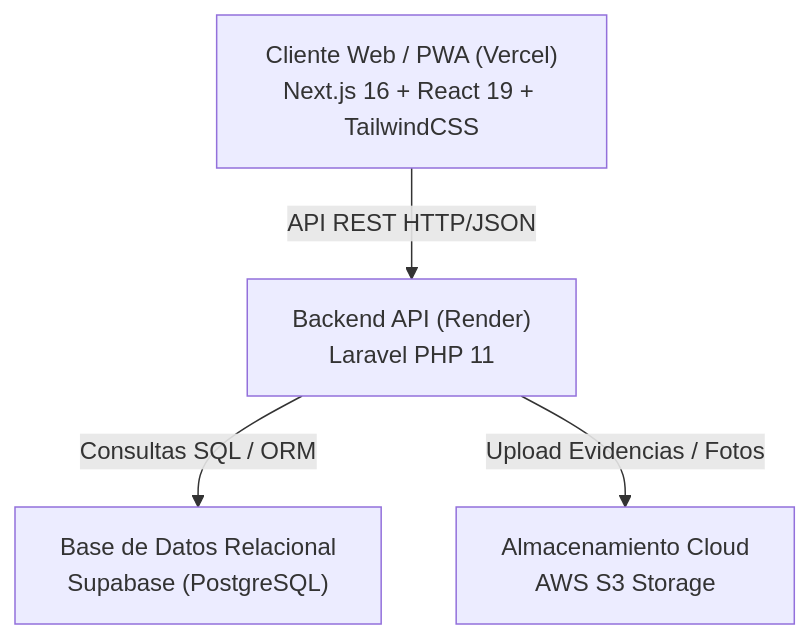
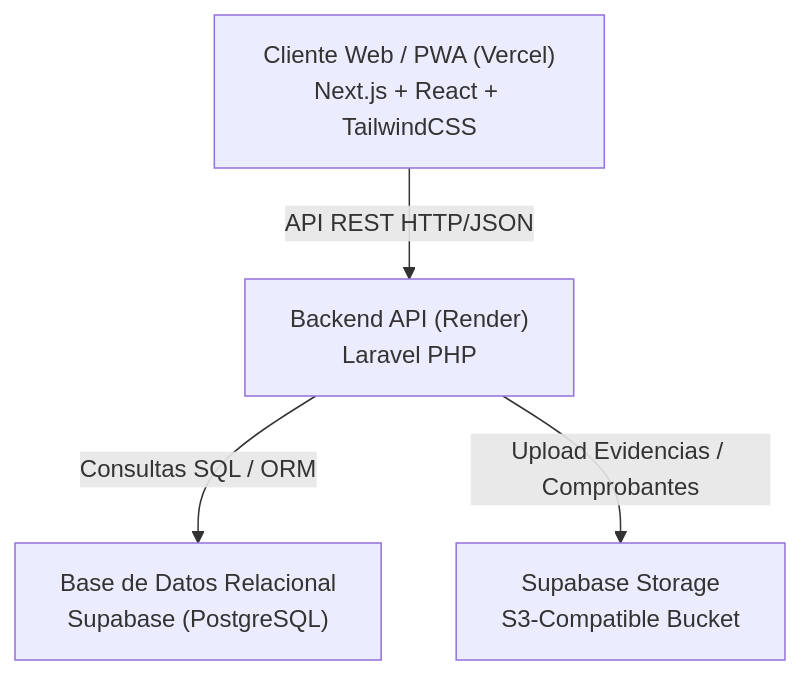
One commit to Cesar-Sanchez-sof/UniRent changed the diagram in README.md. Above: the diagram before and after it, drawn with Mermaid. The commit also changed other lines of this file, not shown here.

````diff
--- a/README.md
+++ b/README.md
@@ -43,6 +52,6 @@
 ```mermaid
 graph TD
-    A["Cliente Web / PWA (Vercel)<br/>Next.js 16 + React 19 + TailwindCSS"] -->|API REST HTTP/JSON| B["Backend API (Render)<br/>Laravel PHP 11"]
+    A["Cliente Web / PWA (Vercel)<br/>Next.js + React + TailwindCSS"] -->|API REST HTTP/JSON| B["Backend API (Render)<br/>Laravel PHP"]
     B -->|Consultas SQL / ORM| C["Base de Datos Relacional<br/>Supabase (PostgreSQL)"]
-    B -->|Upload Evidencias / Fotos| D["Almacenamiento Cloud<br/>AWS S3 Storage"]
+    B -->|Upload Evidencias / Comprobantes| D["Supabase Storage<br/>S3-Compatible Bucket"]
 ```
````
